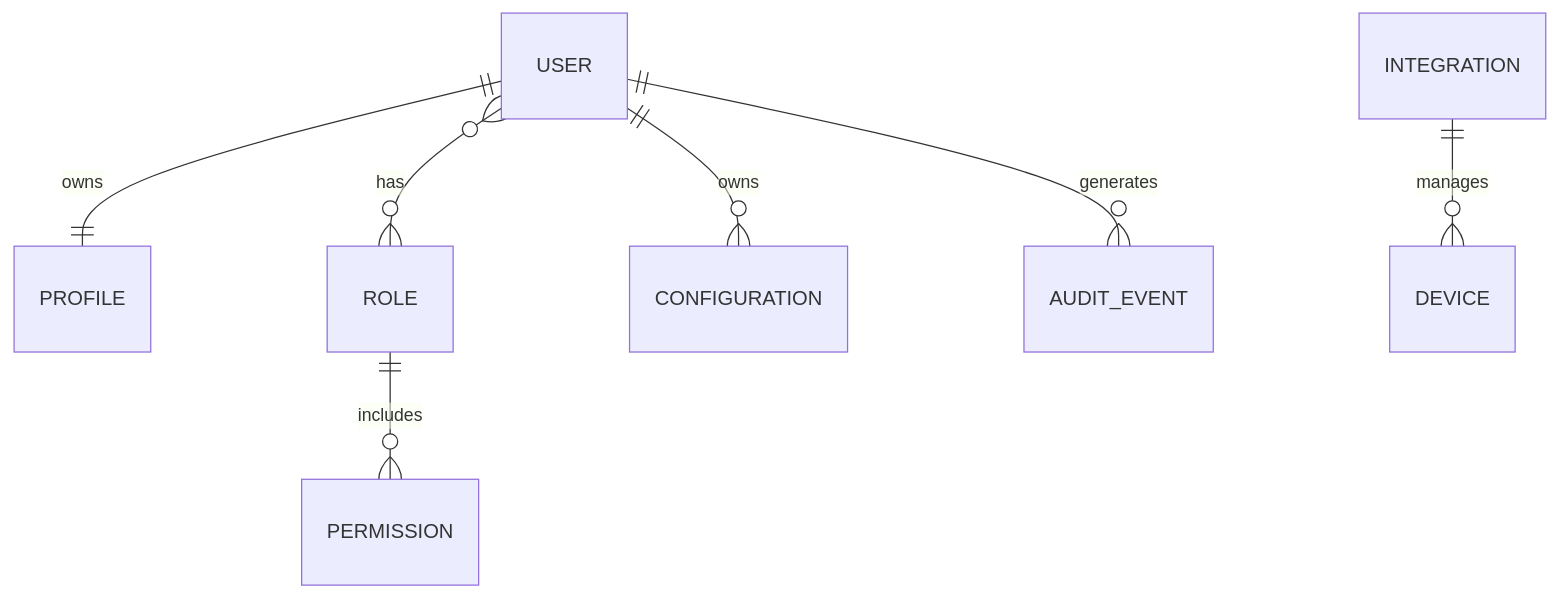
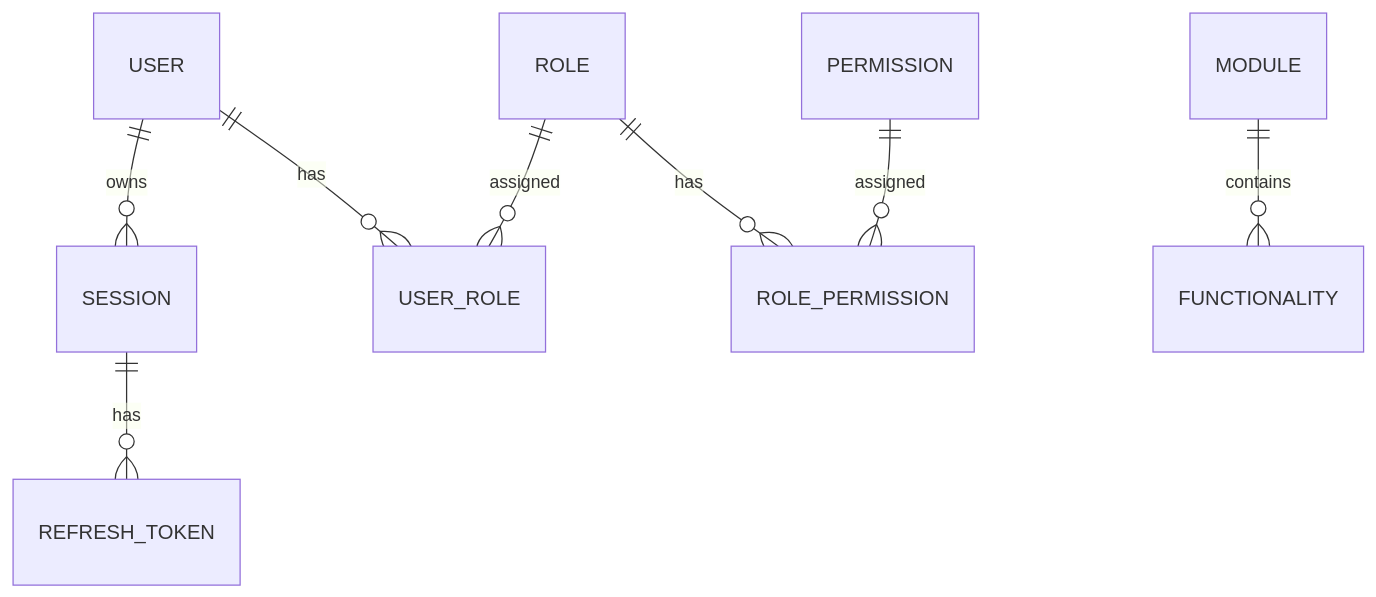
Before and after one commit to chirijose79-ui/Chiri: diagram 13 of 30 in docs/050_BaseDatos.md, drawn with Mermaid. The commit also changed other lines of this file, not shown here.

Commit message:
docs(database): finalize PostgreSQL architecture

````diff
--- a/docs/050_BaseDatos.md
+++ b/docs/050_BaseDatos.md
@@ -1005,15 +1257,17 @@
 ```mermaid
 erDiagram
 
-    USER ||--|| PROFILE : owns
+    USER ||--o{ SESSION : owns
 
-    USER }o--o{ ROLE : has
+    SESSION ||--o{ REFRESH_TOKEN : has
 
-    ROLE ||--o{ PERMISSION : includes
+    USER ||--o{ USER_ROLE : has
 
-    USER ||--o{ CONFIGURATION : owns
+    ROLE ||--o{ USER_ROLE : assigned
 
-    USER ||--o{ AUDIT_EVENT : generates
+    ROLE ||--o{ ROLE_PERMISSION : has
 
-    INTEGRATION ||--o{ DEVICE : manages
+    PERMISSION ||--o{ ROLE_PERMISSION : assigned
+
+    MODULE ||--o{ FUNCTIONALITY : contains
 ```
````
